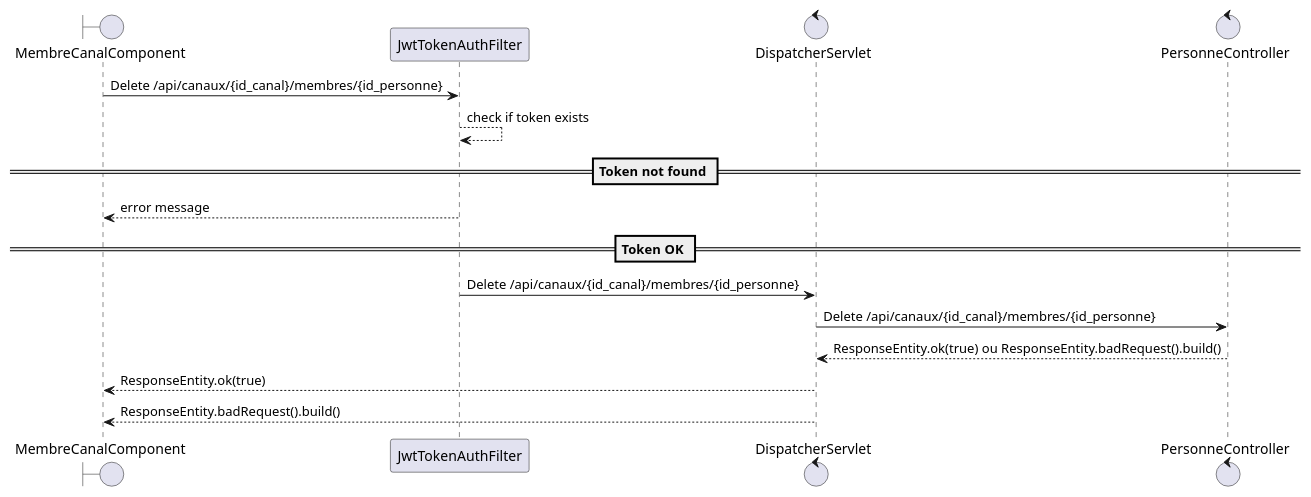
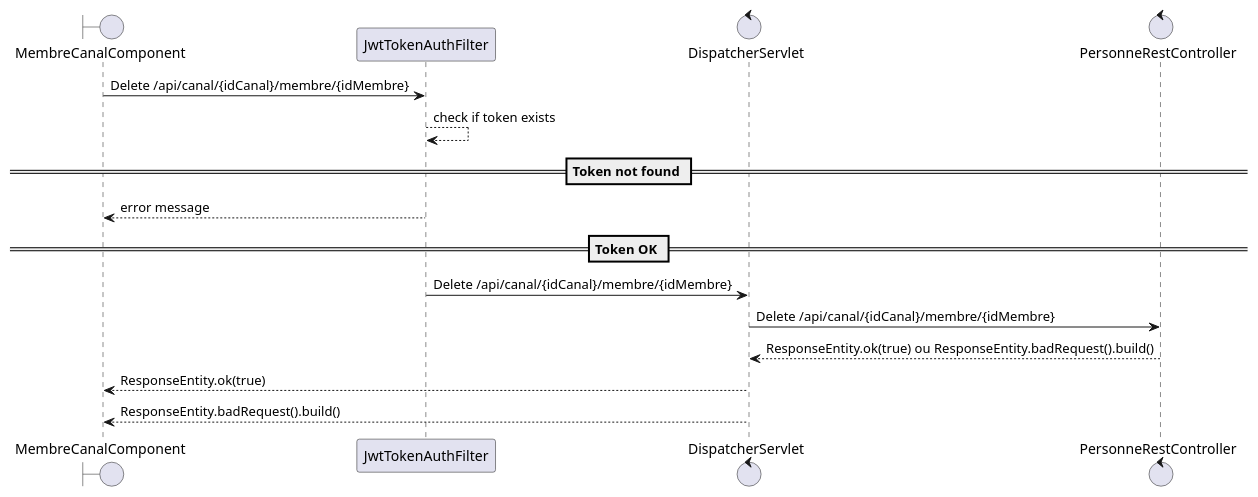
One commit to soupramanien/cdaMassy2021ReactJS changed the diagram in public/diagramme-de-sequence/SupprimerMembreDuCanal.puml. Above: the diagram before and after it, drawn with PlantUML. The commit also changed 3 other files, not shown here.

Commit message:
Merge branch 'huawei' ->Update diagrames de sequence

```diff
--- a/public/diagramme-de-sequence/SupprimerMembreDuCanal.puml
+++ b/public/diagramme-de-sequence/SupprimerMembreDuCanal.puml
@@ -3,18 +3,18 @@
 @startuml
 boundary MembreCanalComponent
 participant JwtTokenAuthFilter
 control DispatcherServlet 
-control PersonneController 
+control PersonneRestController 
 
 
-MembreCanalComponent -> JwtTokenAuthFilter : Delete /api/canaux/{id_canal}/membres/{id_personne}
+MembreCanalComponent -> JwtTokenAuthFilter : Delete /api/canal/{idCanal}/membre/{idMembre}
 JwtTokenAuthFilter --> JwtTokenAuthFilter : check if token exists
 ==Token not found ==
 JwtTokenAuthFilter --> MembreCanalComponent : error message 
 ==Token OK ==
-JwtTokenAuthFilter -> DispatcherServlet : Delete /api/canaux/{id_canal}/membres/{id_personne}
-DispatcherServlet -> PersonneController : Delete /api/canaux/{id_canal}/membres/{id_personne}
-PersonneController --> DispatcherServlet : ResponseEntity.ok(true) ou ResponseEntity.badRequest().build()
+JwtTokenAuthFilter -> DispatcherServlet : Delete /api/canal/{idCanal}/membre/{idMembre}
+DispatcherServlet -> PersonneRestController : Delete /api/canal/{idCanal}/membre/{idMembre}
+PersonneRestController --> DispatcherServlet : ResponseEntity.ok(true) ou ResponseEntity.badRequest().build()
 DispatcherServlet --> MembreCanalComponent : ResponseEntity.ok(true)
 DispatcherServlet --> MembreCanalComponent : ResponseEntity.badRequest().build()
 @endumls
```
